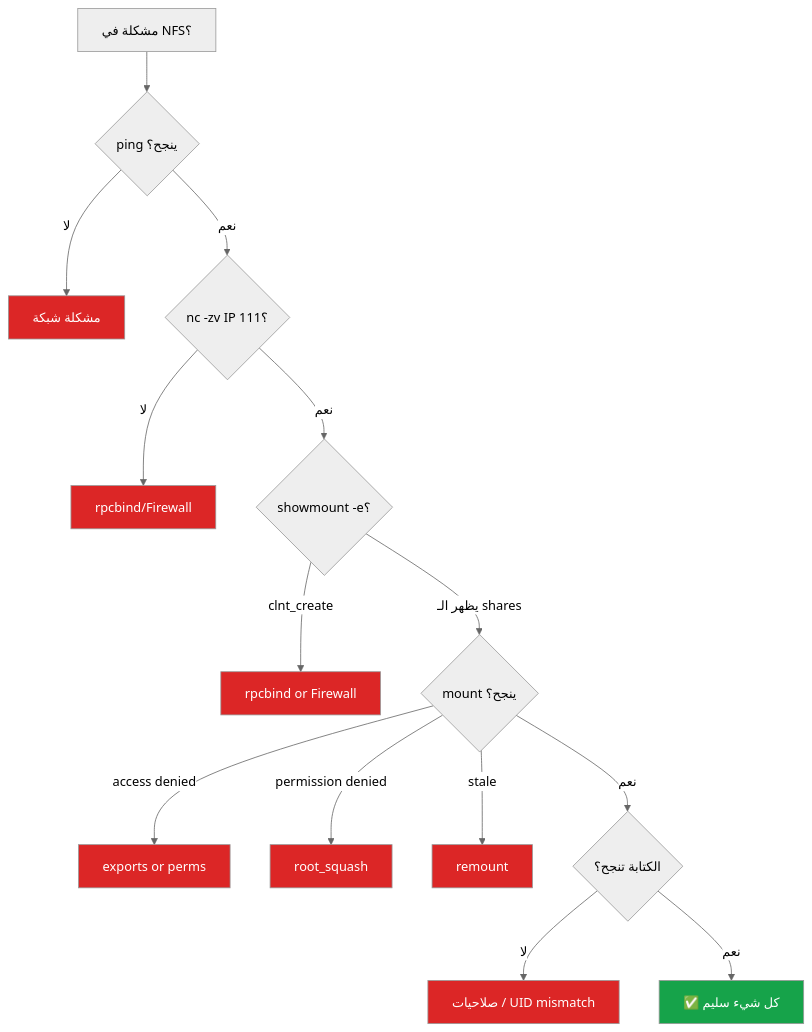
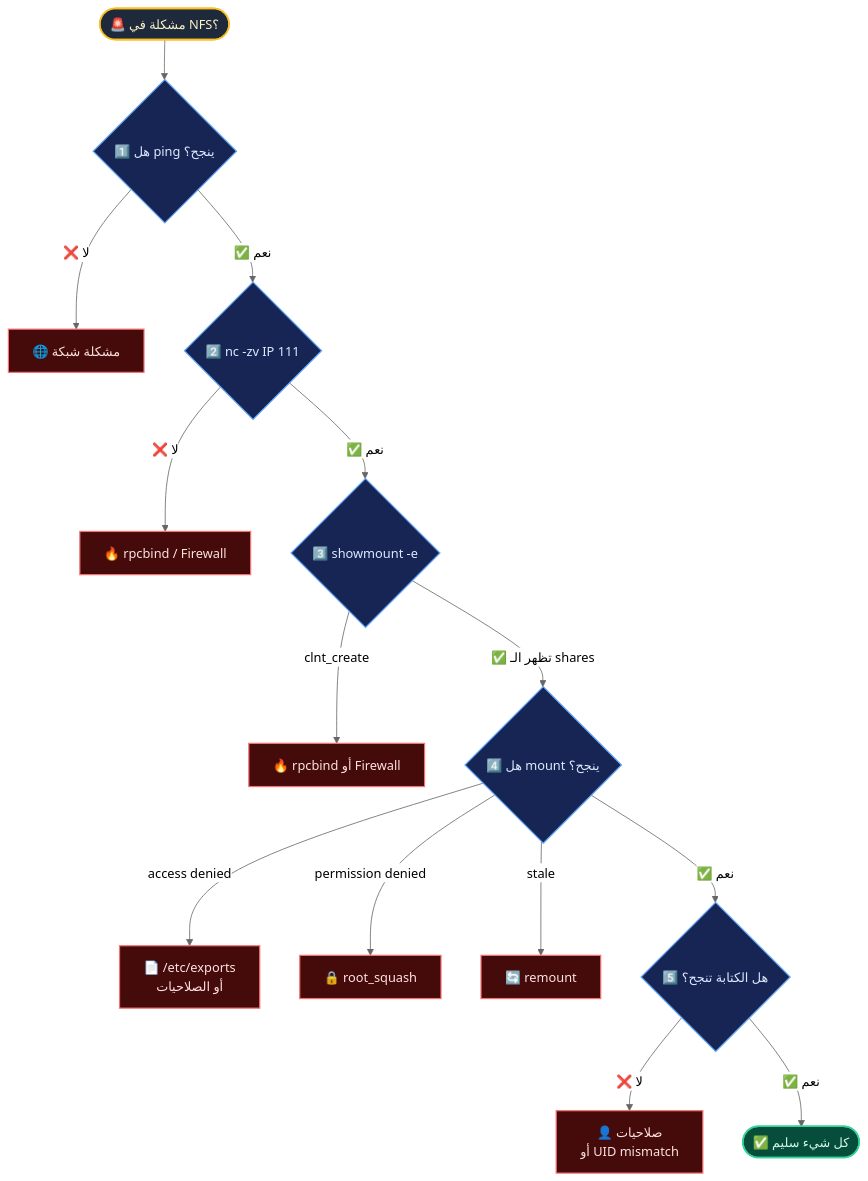
Before and after one commit to OfficialMoAdel/Linux: the second of 2 diagrams in storge/NFS.md, drawn with Mermaid (neutral theme). The commit also changed other lines of this file and 6 other files, not shown here.

````diff
--- a/storge/NFS.md
+++ b/storge/NFS.md
@@ -878,25 +904,31 @@
 ```mermaid
 flowchart TD
-    A[مشكلة في NFS؟] --> B{ping ينجح؟}
-    B -->|لا| C[مشكلة شبكة]
-    B -->|نعم| D{nc -zv IP 111؟}
-    D -->|لا| E[rpcbind/Firewall]
-    D -->|نعم| F{showmount -e؟}
-    F -->|clnt_create| G[rpcbind or Firewall]
-    F -->|يظهر الـ shares| H{mount ينجح؟}
-    H -->|access denied| I[exports or perms]
-    H -->|permission denied| J[root_squash]
-    H -->|stale| K[remount]
-    H -->|نعم| L{الكتابة تنجح؟}
-    L -->|لا| M[صلاحيات / UID mismatch]
-    L -->|نعم| N[✅ كل شيء سليم]
-    
-    style N fill:#16a34a,color:#fff
-    style C fill:#dc2626,color:#fff
-    style E fill:#dc2626,color:#fff
-    style G fill:#dc2626,color:#fff
-    style I fill:#dc2626,color:#fff
-    style J fill:#dc2626,color:#fff
-    style K fill:#dc2626,color:#fff
-    style M fill:#dc2626,color:#fff
+    A(["🚨 مشكلة في NFS؟"]) --> B{"1️⃣ هل ping ينجح؟"}
+
+    B -->|"❌ لا"| C["🌐 مشكلة شبكة"]
+    B -->|"✅ نعم"| D{"2️⃣ nc -zv IP 111"}
+
+    D -->|"❌ لا"| E["🔥 rpcbind / Firewall"]
+    D -->|"✅ نعم"| F{"3️⃣ showmount -e"}
+
+    F -->|"clnt_create"| G["🔥 rpcbind أو Firewall"]
+    F -->|"✅ تظهر الـ shares"| H{"4️⃣ هل mount ينجح؟"}
+
+    H -->|"access denied"| I["📄 /etc/exports<br/>أو الصلاحيات"]
+    H -->|"permission denied"| J["🔒 root_squash"]
+    H -->|"stale"| K["🔄 remount"]
+    H -->|"✅ نعم"| L{"5️⃣ هل الكتابة تنجح؟"}
+
+    L -->|"❌ لا"| M["👤 صلاحيات<br/>أو UID mismatch"]
+    L -->|"✅ نعم"| N(["✅ كل شيء سليم"])
+
+    classDef startNode fill:#1e293b,stroke:#fbbf24,stroke-width:2px,color:#fef3c7
+    classDef checkNode fill:#172554,stroke:#60a5fa,stroke-width:1.5px,color:#dbeafe
+    classDef errNode fill:#450a0a,stroke:#f87171,stroke-width:1.5px,color:#fee2e2
+    classDef okNode fill:#064e3b,stroke:#34d399,stroke-width:2px,color:#d1fae5
+
+    class A startNode
+    class B,D,F,H,L checkNode
+    class C,E,G,I,J,K,M errNode
+    class N okNode
 ```
````
